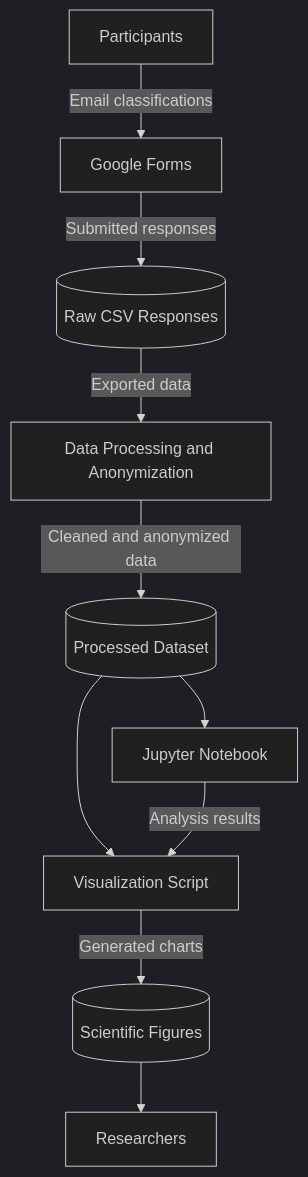
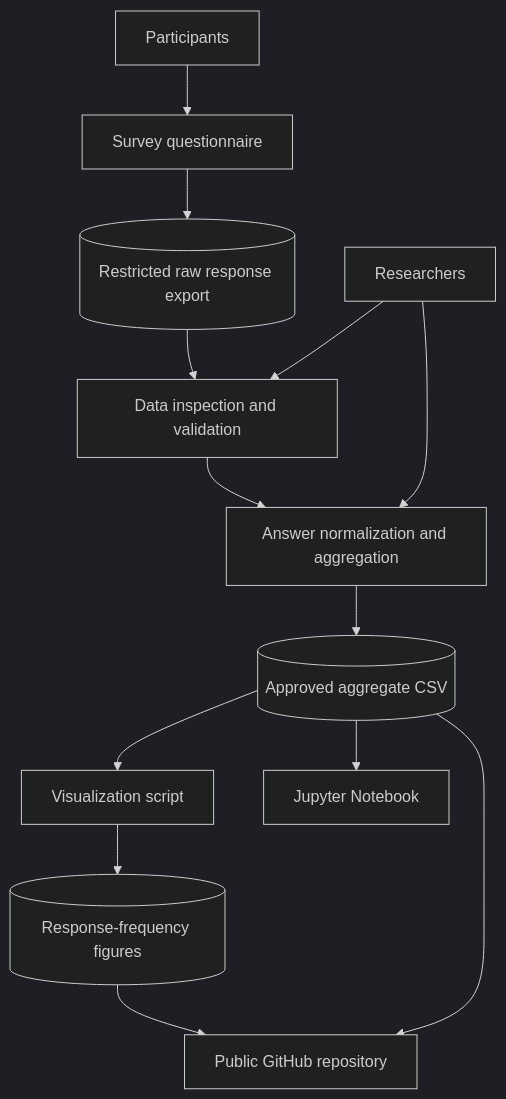
The diagram in docs/domain_model.md (zhadritto/ai-phishing-literature-review), drawn with Mermaid (dark theme) before and after one commit. The commit also changed other lines of this file, not shown here.

````diff
--- a/docs/domain_model.md
+++ b/docs/domain_model.md
@@ -45,22 +35,15 @@
 ```mermaid
 flowchart TD
-    P[Participants]
-    GF[Google Forms]
-    RAW[(Raw CSV Responses)]
-    DP[Data Processing and Anonymization]
-    PD[(Processed Dataset)]
-    NB[Jupyter Notebook]
-    VS[Visualization Script]
-    FIG[(Scientific Figures)]
-    R[Researchers]
-
-    P -->|Email classifications| GF
-    GF -->|Submitted responses| RAW
-    RAW -->|Exported data| DP
-    DP -->|Cleaned and anonymized data| PD
-    PD --> NB
-    PD --> VS
-    NB -->|Analysis results| VS
-    VS -->|Generated charts| FIG
-    FIG --> R
+    P[Participants] --> Q[Survey questionnaire]
+    Q --> R[(Restricted raw response export)]
+    R --> I[Data inspection and validation]
+    I --> A[Answer normalization and aggregation]
+    A --> S[(Approved aggregate CSV)]
+    S --> V[Visualization script]
+    S --> N[Jupyter Notebook]
+    V --> F[(Response-frequency figures)]
+    F --> G[Public GitHub repository]
+    S --> G
+    C[Researchers] --> I
+    C --> A
 ```
````
